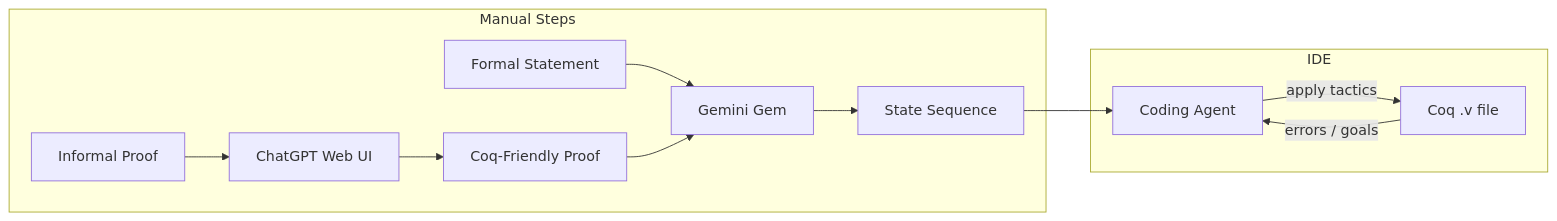
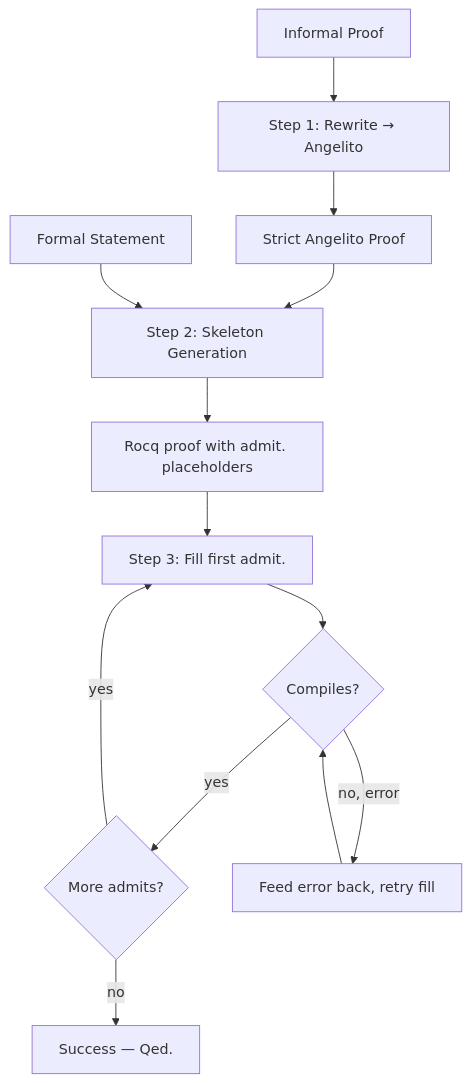
The diagram in docs/ARCHITECTURE.md (ClarkOhlenbusch/RocqCoSPOC), drawn with Mermaid before and after one commit. The commit also changed other lines of this file and 64 other files, not shown here.

````diff
--- a/docs/ARCHITECTURE.md
+++ b/docs/ARCHITECTURE.md
@@ -19,23 +7,15 @@
 ```mermaid
-flowchart LR
-  subgraph manual [Manual Steps]
-    Inf[Informal Proof]
-    ChatGPT[ChatGPT Web UI]
-    CoQF[Coq-Friendly Proof]
-    Stmt[Formal Statement]
-    Gemini[Gemini Gem]
-    States[State Sequence]
-  end
-  subgraph ide [IDE]
-    Agent[Coding Agent]
-    CoqFile[Coq .v file]
-  end
-  Inf --> ChatGPT
-  ChatGPT --> CoQF
-  Stmt --> Gemini
-  CoQF --> Gemini
-  Gemini --> States
-  States --> Agent
-  Agent -->|apply tactics| CoqFile
-  CoqFile -->|errors / goals| Agent
+flowchart TD
+  Informal[Informal Proof] --> Rewrite[Step 1: Rewrite → Angelito]
+  Rewrite --> Angelito[Strict Angelito Proof]
+  Angelito --> Skeleton[Step 2: Skeleton Generation]
+  Statement[Formal Statement] --> Skeleton
+  Skeleton --> RocqSkel[Rocq proof with admit. placeholders]
+  RocqSkel --> Fill[Step 3: Fill first admit.]
+  Fill --> Compile{Compiles?}
+  Compile -->|yes| More{More admits?}
+  More -->|yes| Fill
+  More -->|no| Done[Success — Qed.]
+  Compile -->|no, error| Retry[Feed error back, retry fill]
+  Retry --> Compile
 ```
````
